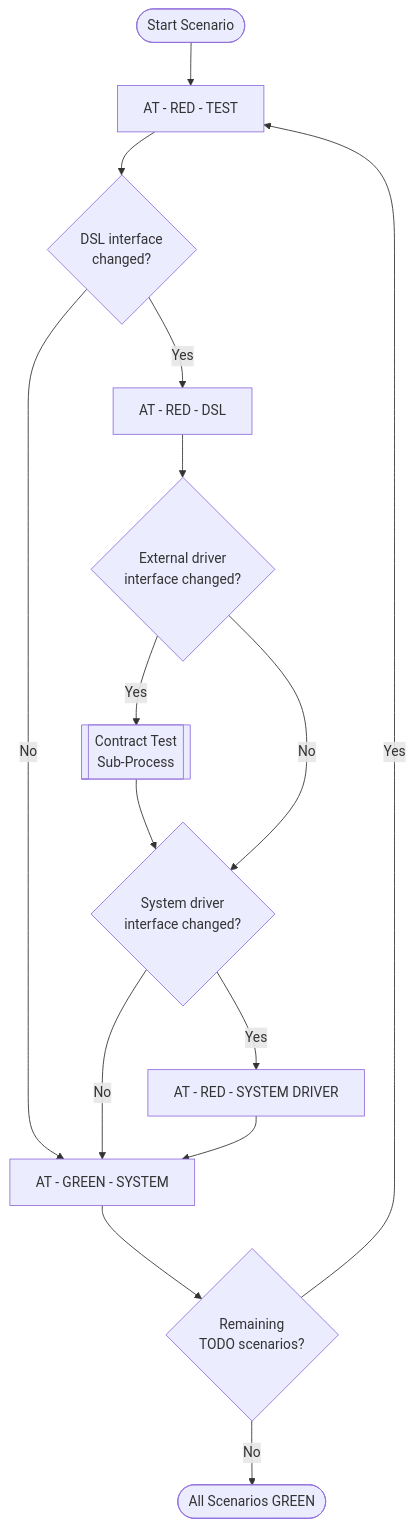
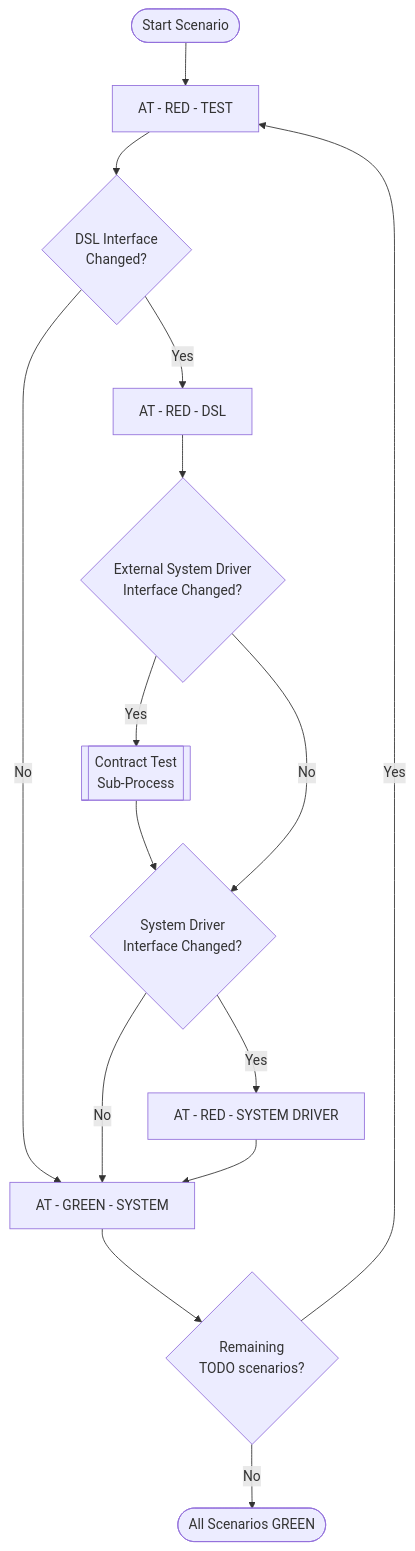
The first of 3 diagrams in docs/prompts/atdd/orchestrator-diagram.md (optivem/eshop-tests), drawn with Mermaid before and after one commit. The commit also changed other lines of this file and 5 other files, not shown here.

First line of the commit message:
Refactor ATDD documentation and workflow diagrams for clarity and consistency

````diff
--- a/docs/prompts/atdd/orchestrator-diagram.md
+++ b/docs/prompts/atdd/orchestrator-diagram.md
@@ -5,17 +5,17 @@
 ```mermaid
 flowchart TD
     START([Start Scenario]) --> TEST[AT - RED - TEST]
-    TEST --> DSL_CHK{DSL interface\nchanged?}
+    TEST --> DSL_CHK{DSL Interface\nChanged?}
     DSL_CHK -- No --> GREEN[AT - GREEN - SYSTEM]
     DSL_CHK -- Yes --> DSL[AT - RED - DSL]
-    DSL --> EXT_CHK{External driver\ninterface changed?}
+    DSL --> EXT_CHK{External System Driver\nInterface Changed?}
     EXT_CHK -- Yes --> CT_SUB[[Contract Test\nSub-Process]]
     CT_SUB --> SYS_CHK
-    EXT_CHK -- No --> SYS_CHK{System driver\ninterface changed?}
+    EXT_CHK -- No --> SYS_CHK{System Driver\nInterface Changed?}
     SYS_CHK -- No --> GREEN
     SYS_CHK -- Yes --> SYS_DRV[AT - RED - SYSTEM DRIVER]
     SYS_DRV --> GREEN
     GREEN --> TODO_CHK{Remaining\nTODO scenarios?}
     TODO_CHK -- Yes --> TEST
     TODO_CHK -- No --> DONE([All Scenarios GREEN])
 ```
````
